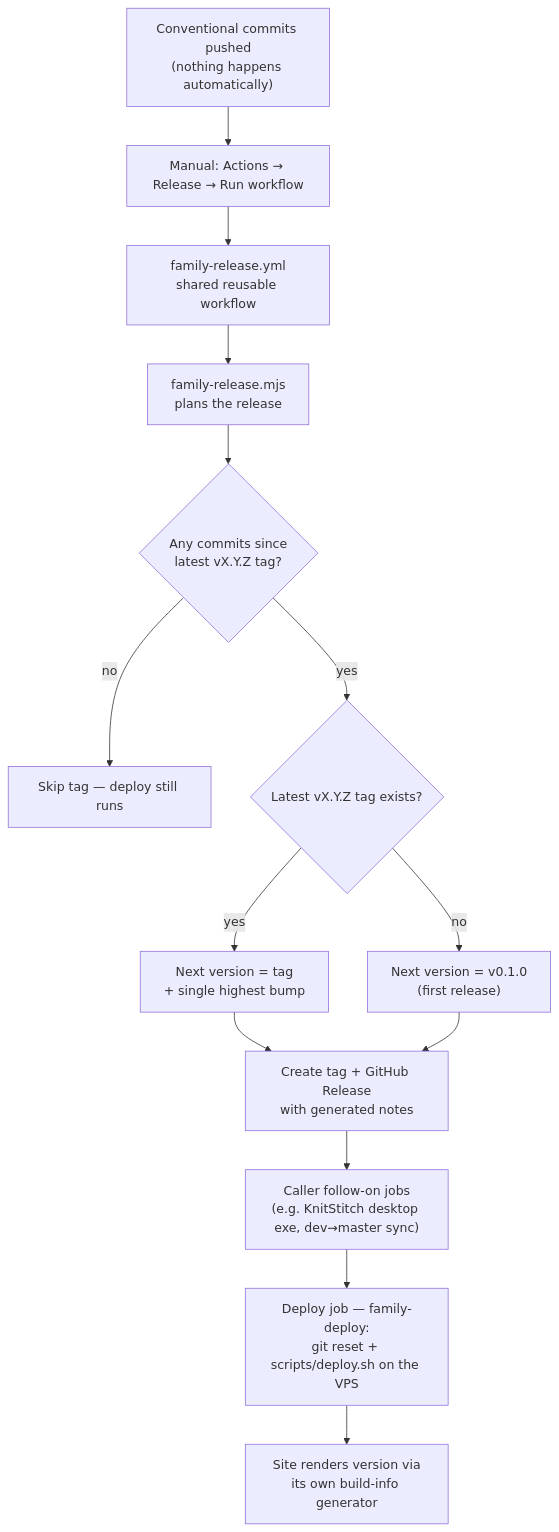
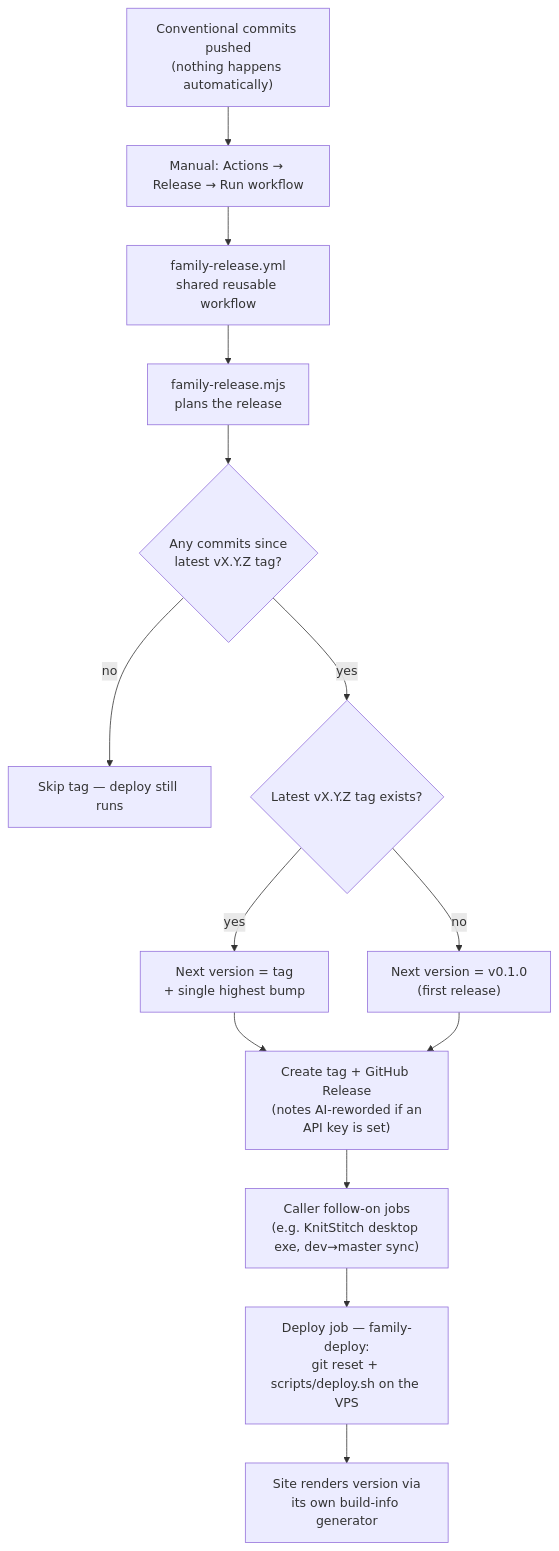
Before and after one commit to Box-of-Dragons/StructuredChaos: the diagram in docs/git-rules.md, drawn with Mermaid. The commit also changed other lines of this file and 2 other files, not shown here.

Commit message:
feat(ci): reword release notes with AI in the shared workflow

````diff
--- a/docs/git-rules.md
+++ b/docs/git-rules.md
@@ -88,16 +88,16 @@
 ```mermaid
 flowchart TD
     A["Conventional commits pushed<br>(nothing happens automatically)"] --> B["Manual: Actions → Release → Run workflow"]
     B --> C["family-release.yml<br>shared reusable workflow"]
     C --> D["family-release.mjs<br>plans the release"]
     D --> E{"Any commits since<br>latest vX.Y.Z tag?"}
     E -- "no" --> F["Skip tag — deploy still runs"]
     E -- "yes" --> G{"Latest vX.Y.Z tag exists?"}
     G -- "yes" --> H["Next version = tag<br>+ single highest bump"]
     G -- "no" --> I["Next version = v0.1.0<br>(first release)"]
-    H --> J["Create tag + GitHub Release<br>with generated notes"]
+    H --> J["Create tag + GitHub Release<br>(notes AI-reworded if an<br>API key is set)"]
     I --> J
     J --> K["Caller follow-on jobs<br>(e.g. KnitStitch desktop exe, dev→master sync)"]
     K --> L["Deploy job — family-deploy:<br>git reset + scripts/deploy.sh on the VPS"]
     L --> M["Site renders version via<br>its own build-info generator"]
 ```
````
